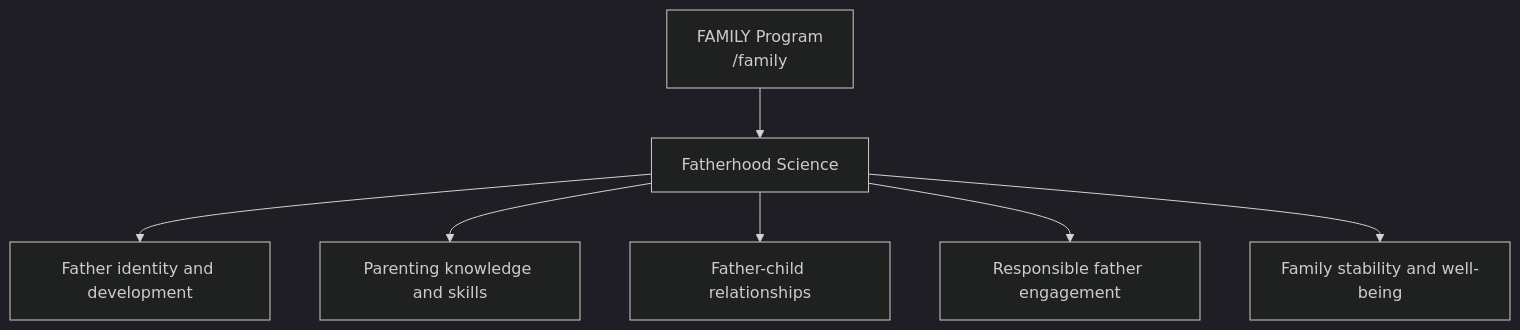
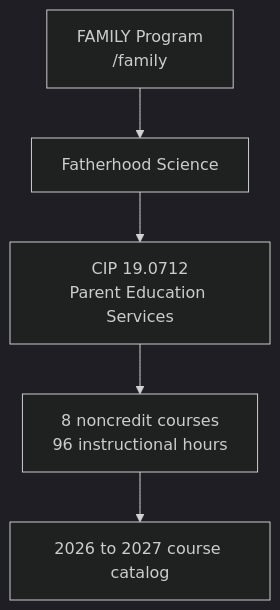
One commit to 73junito/village_strong changed the diagram in apps/web/app/family/MERMAID.md. Above: the diagram before and after it, drawn with Mermaid (dark theme). The commit also changed other lines of this file and 8 other files, not shown here.

First line of the commit message:
feat: publish classified noncredit course catalog

````diff
--- a/apps/web/app/family/MERMAID.md
+++ b/apps/web/app/family/MERMAID.md
@@ -3,11 +3,8 @@
 ```mermaid
 flowchart TD
     Family["FAMILY Program<br/>/family"]
     Family --> Science["Fatherhood Science"]
-
-    Science --> Identity["Father identity and development"]
-    Science --> Knowledge["Parenting knowledge and skills"]
-    Science --> Relationships["Father-child relationships"]
-    Science --> Engagement["Responsible father engagement"]
-    Science --> Stability["Family stability and well-being"]
+    Science --> CIP["CIP 19.0712<br/>Parent Education Services"]
+    CIP --> Courses["8 noncredit courses<br/>96 instructional hours"]
+    Courses --> Catalog["2026 to 2027 course catalog"]
 ```
````
